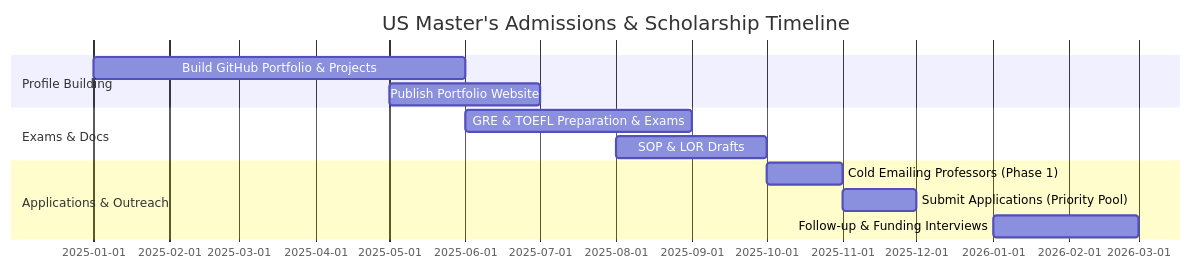
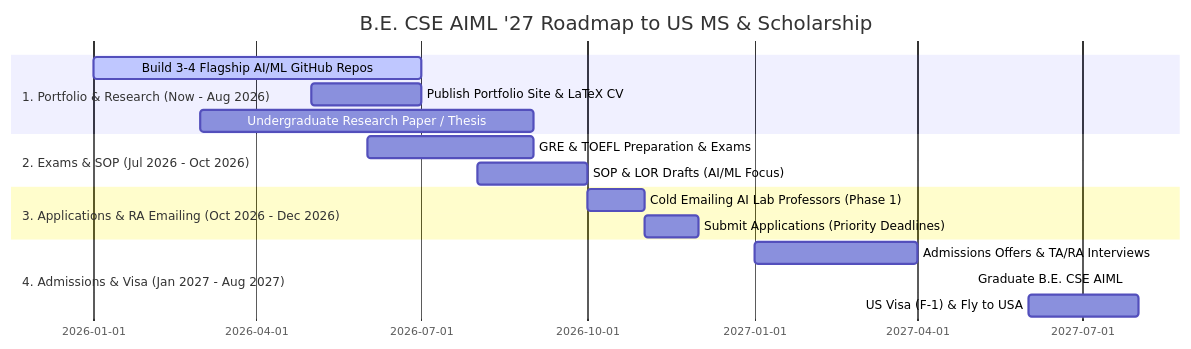
The diagram in US_MASTERS_SCHOLARSHIP_ROADMAP.md (sam-creates-projects/portfolio), drawn with Mermaid before and after one commit. The commit also changed other lines of this file and 3 other files, not shown here.

Commit message:
refactor: update profile, resumes, and scholarship strategy for B.E. CSE (AI & ML) Class of 2027

````diff
--- a/US_MASTERS_SCHOLARSHIP_ROADMAP.md
+++ b/US_MASTERS_SCHOLARSHIP_ROADMAP.md
@@ -100,15 +12,19 @@
 ```mermaid
 gantt
-    title US Master's Admissions & Scholarship Timeline
+    title B.E. CSE AIML '27 Roadmap to US MS & Scholarship
     dateFormat  YYYY-MM
-    section Profile Building
-    Build GitHub Portfolio & Projects     :2025-01, 2025-06
-    Publish Portfolio Website             :2025-05, 2025-07
-    section Exams & Docs
-    GRE & TOEFL Preparation & Exams       :2025-06, 2025-09
-    SOP & LOR Drafts                      :2025-08, 2025-10
-    section Applications & Outreach
-    Cold Emailing Professors (Phase 1)   :2025-10, 2025-11
-    Submit Applications (Priority Pool)   :2025-11, 2025-12
-    Follow-up & Funding Interviews        :2026-01, 2026-03
+    section 1. Portfolio & Research (Now - Aug 2026)
+    Build 3-4 Flagship AI/ML GitHub Repos   :active, 2026-01, 2026-07
+    Publish Portfolio Site & LaTeX CV        :2026-05, 2026-07
+    Undergraduate Research Paper / Thesis    :2026-03, 2026-09
+    section 2. Exams & SOP (Jul 2026 - Oct 2026)
+    GRE & TOEFL Preparation & Exams         :2026-06, 2026-09
+    SOP & LOR Drafts (AI/ML Focus)          :2026-08, 2026-10
+    section 3. Applications & RA Emailing (Oct 2026 - Dec 2026)
+    Cold Emailing AI Lab Professors (Phase 1):2026-10, 2026-11
+    Submit Applications (Priority Deadlines) :2026-11, 2026-12
+    section 4. Admissions & Visa (Jan 2027 - Aug 2027)
+    Admissions Offers & TA/RA Interviews     :2027-01, 2027-04
+    Graduate B.E. CSE AIML                   :crit, 2027-05, 2027-05
+    US Visa (F-1) & Fly to USA               :2027-06, 2027-08
 ```
````
